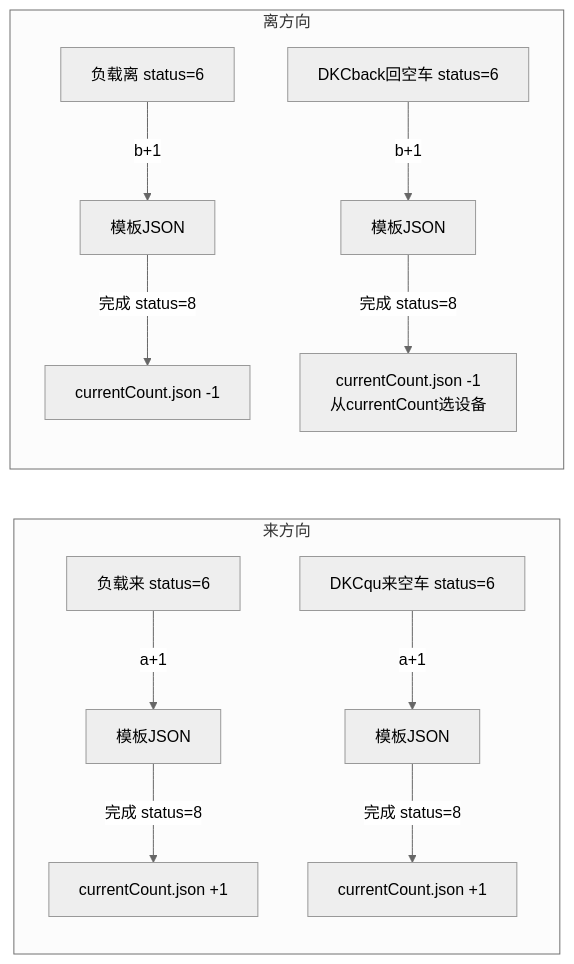
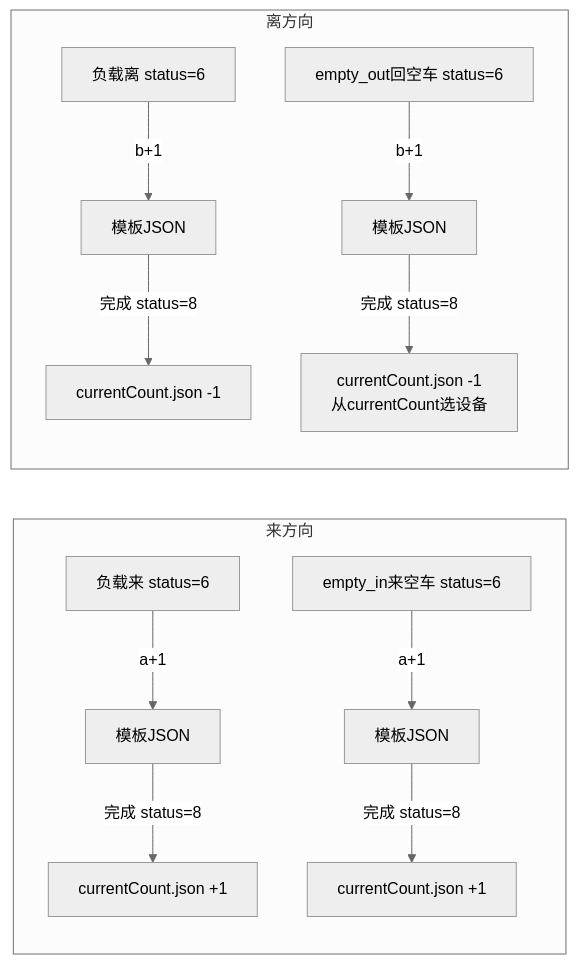
Before and after one commit to 1021143806/toolsForPersonal: the fifth of 6 diagrams in projects/agv_system/app/cross_env_manager/test/调车模块压力测试/README.md, drawn with Mermaid (neutral theme). The commit also changed other lines of this file and 6 other files, not shown here.

````diff
--- a/projects/agv_system/app/cross_env_manager/test/调车模块压力测试/README.md
+++ b/projects/agv_system/app/cross_env_manager/test/调车模块压力测试/README.md
@@ -76,15 +75,15 @@
 ```mermaid
 flowchart LR
     subgraph 来方向
         A1[负载来 status=6] -->|a+1| T1[模板JSON]
         T1 -->|完成 status=8| C1[currentCount.json +1]
-        A2[DKCqu来空车 status=6] -->|a+1| T2[模板JSON]
+        A2[empty_in来空车 status=6] -->|a+1| T2[模板JSON]
         T2 -->|完成 status=8| C2[currentCount.json +1]
     end
     subgraph 离方向
         B1[负载离 status=6] -->|b+1| T3[模板JSON]
         T3 -->|完成 status=8| C3[currentCount.json -1]
-        B2[DKCback回空车 status=6] -->|b+1| T4[模板JSON]
+        B2[empty_out回空车 status=6] -->|b+1| T4[模板JSON]
         T4 -->|完成 status=8| C4[currentCount.json -1<br/>从currentCount选设备]
     end
 ```
````
